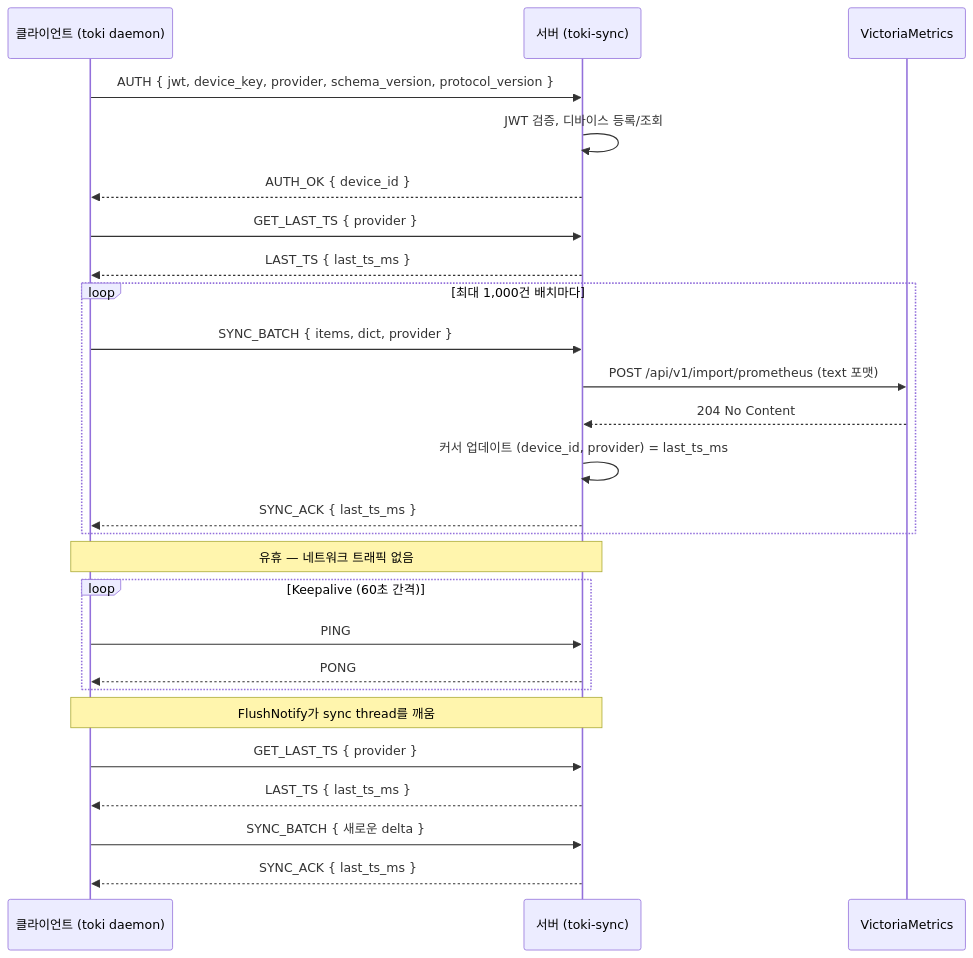
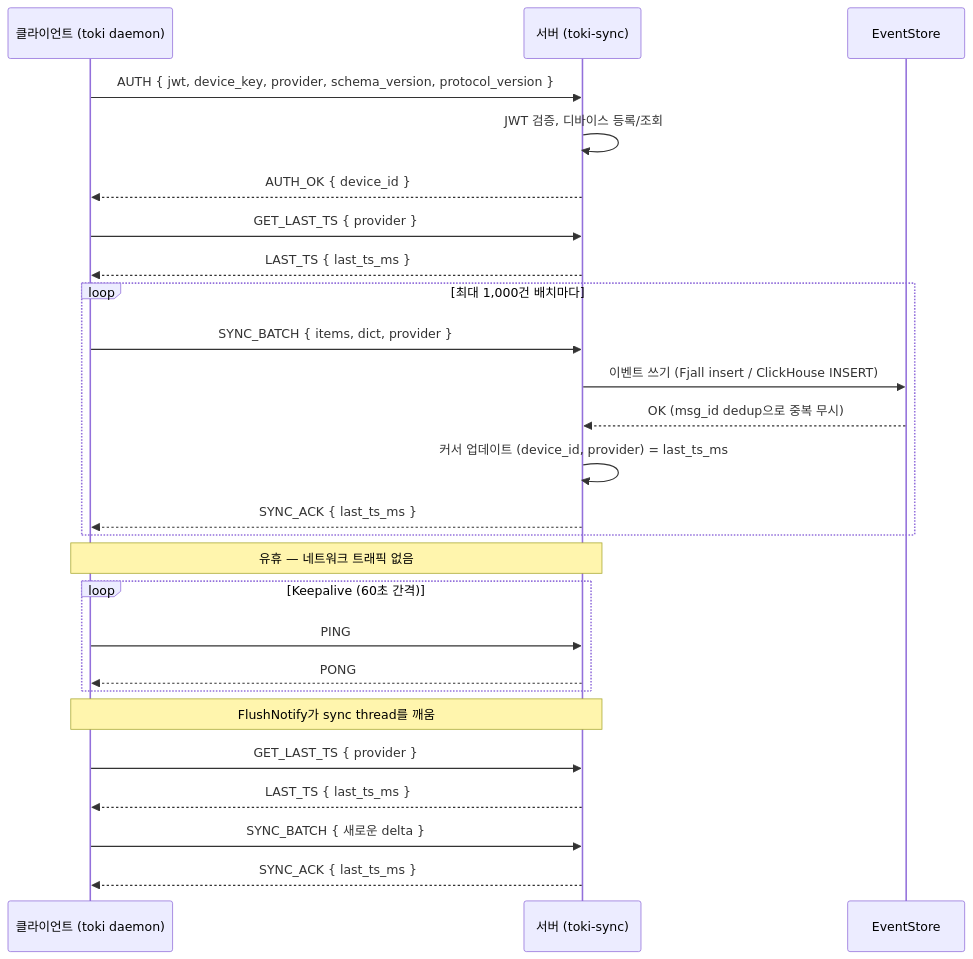
Before and after one commit to korjwl1/toki-sync: the second of 3 diagrams in docs/DESIGN.ko.md, drawn with Mermaid. The commit also changed other lines of this file and 20 other files, not shown here.

First line of the commit message:
docs: update all documentation for EventStore architecture

````diff
--- a/docs/DESIGN.ko.md
+++ b/docs/DESIGN.ko.md
@@ -119,35 +120,35 @@
 ```mermaid
 sequenceDiagram
     participant C as 클라이언트 (toki daemon)
     participant S as 서버 (toki-sync)
-    participant VM as VictoriaMetrics
+    participant ES as EventStore
 
     C->>S: AUTH { jwt, device_key, provider, schema_version, protocol_version }
     S->>S: JWT 검증, 디바이스 등록/조회
     S-->>C: AUTH_OK { device_id }
 
     C->>S: GET_LAST_TS { provider }
     S-->>C: LAST_TS { last_ts_ms }
 
     loop 최대 1,000건 배치마다
         C->>S: SYNC_BATCH { items, dict, provider }
-        S->>VM: POST /api/v1/import/prometheus (text 포맷)
-        VM-->>S: 204 No Content
+        S->>ES: 이벤트 쓰기 (Fjall insert / ClickHouse INSERT)
+        ES-->>S: OK (msg_id dedup으로 중복 무시)
         S->>S: 커서 업데이트 (device_id, provider) = last_ts_ms
         S-->>C: SYNC_ACK { last_ts_ms }
     end
 
     Note over C,S: 유휴 — 네트워크 트래픽 없음
 
     loop Keepalive (60초 간격)
         C->>S: PING
         S-->>C: PONG
     end
 
     Note over C,S: FlushNotify가 sync thread를 깨움
 
     C->>S: GET_LAST_TS { provider }
     S-->>C: LAST_TS { last_ts_ms }
     C->>S: SYNC_BATCH { 새로운 delta }
     S-->>C: SYNC_ACK { last_ts_ms }
 ```
````
